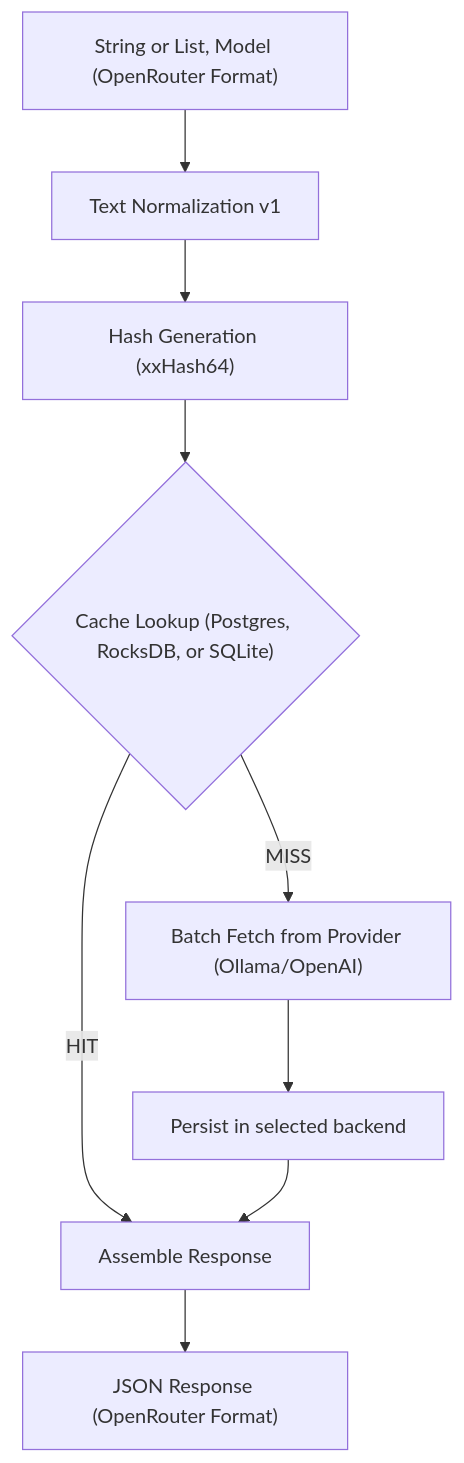
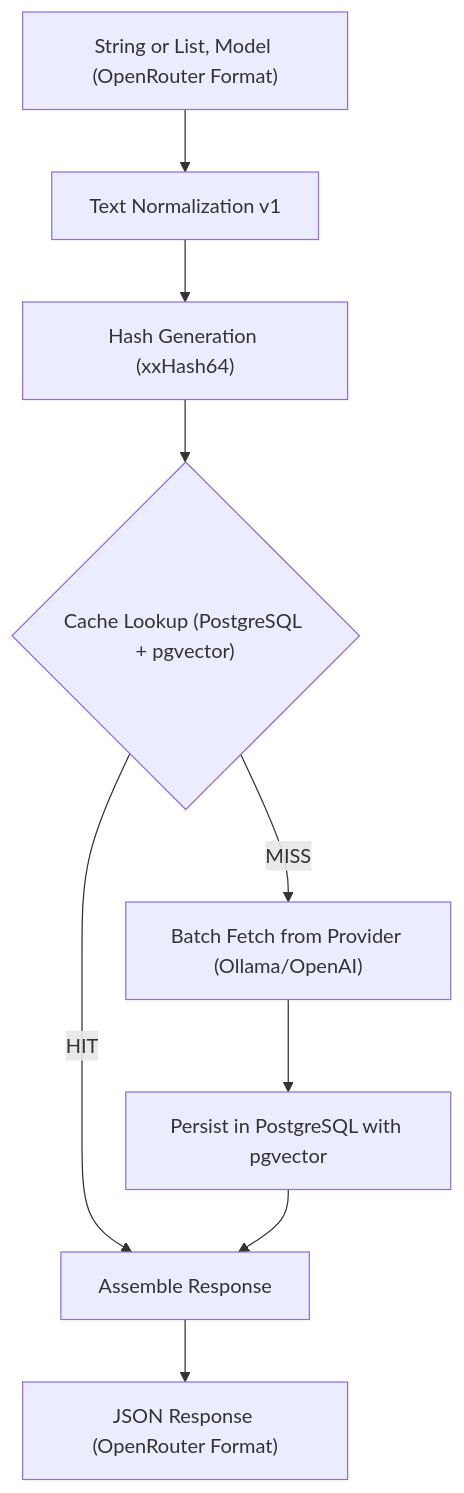
One commit to LA-Referencia-IOI/lareferencia-embedding-service changed the diagram in README.md. Above: the diagram before and after it, drawn with Mermaid. The commit also changed other lines of this file and 10 other files, not shown here.

````diff
--- a/README.md
+++ b/README.md
@@ -53,13 +52,13 @@
 ```mermaid
 flowchart TD
     A["String or List, Model (OpenRouter Format)"] --> B[Text Normalization v1]
     B --> C["Hash Generation (xxHash64)"]
-    C --> D{"Cache Lookup (Postgres, RocksDB, or SQLite)"}
+    C --> D{"Cache Lookup (PostgreSQL + pgvector)"}
 
     D -->|HIT| E[Assemble Response]
     D -->|MISS| F["Batch Fetch from Provider (Ollama/OpenAI)"]
 
-    F --> G[Persist in selected backend]
+    F --> G[Persist in PostgreSQL with pgvector]
     G --> E
     E --> H["JSON Response (OpenRouter Format)"]
 ```
````
